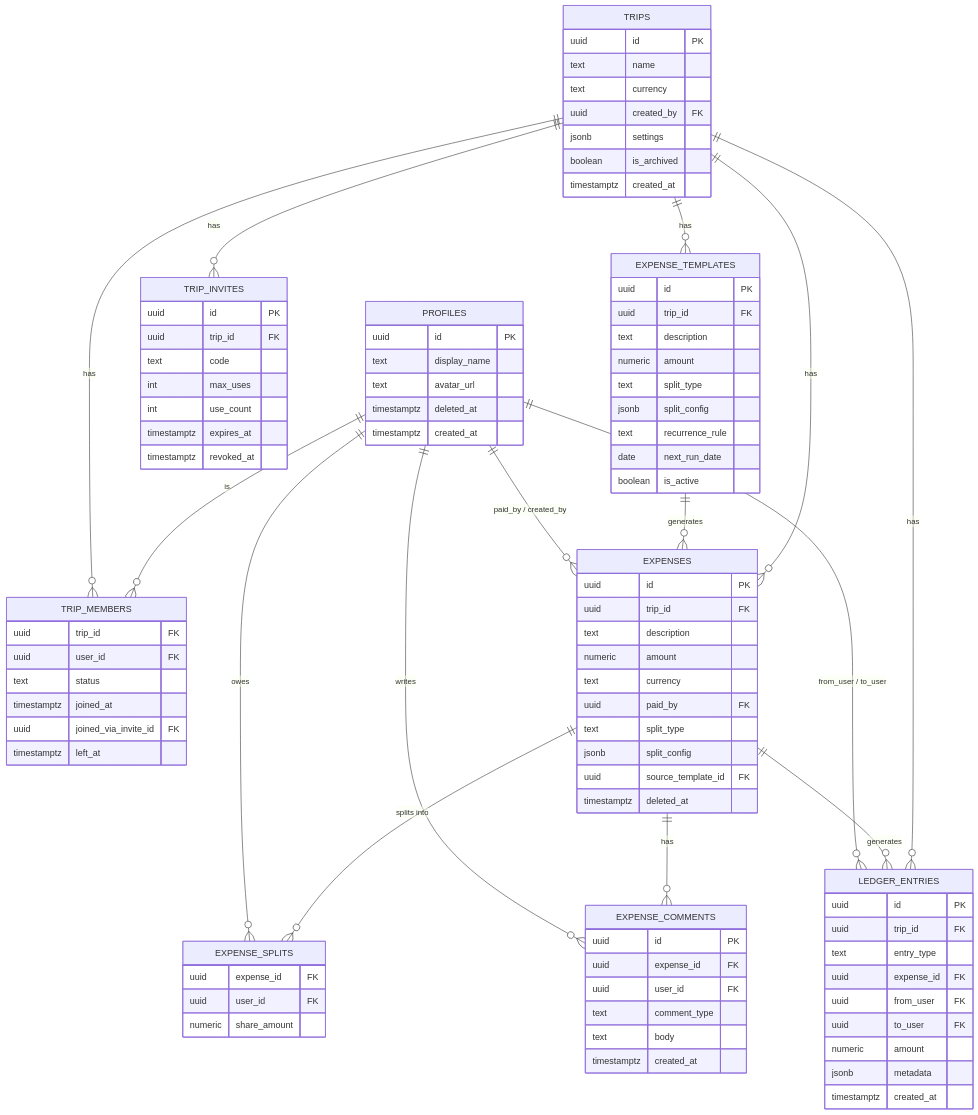
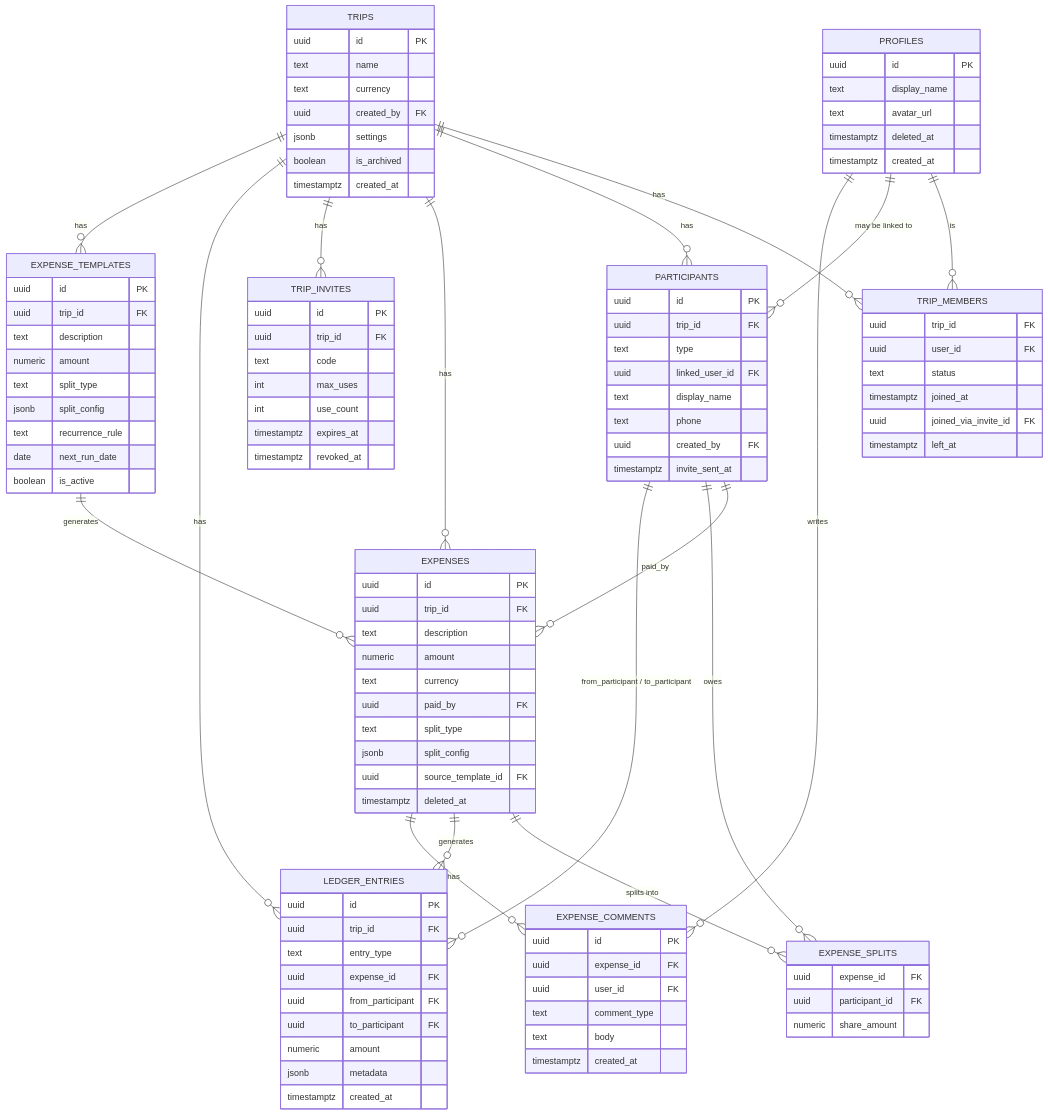
One commit to Amartya-007/Expensio changed the diagram in docs/architecture/expensio-data-model.md. Above: the diagram before and after it, drawn with Mermaid. The commit also changed other lines of this file and 2 other files, not shown here.

First line of the commit message:
Add placeholder participants, trip creation/invite flow doc, Meet-style invites

````diff
--- a/docs/architecture/expensio-data-model.md
+++ b/docs/architecture/expensio-data-model.md
@@ -8,7 +19,9 @@
 ```mermaid
 erDiagram
     PROFILES ||--o{ TRIP_MEMBERS : "is"
+    PROFILES ||--o{ PARTICIPANTS : "may be linked to"
     TRIPS ||--o{ TRIP_MEMBERS : "has"
+    TRIPS ||--o{ PARTICIPANTS : "has"
     TRIPS ||--o{ EXPENSES : "has"
     TRIPS ||--o{ TRIP_INVITES : "has"
     TRIPS ||--o{ LEDGER_ENTRIES : "has"
@@ -17,9 +30,9 @@
     EXPENSES ||--o{ EXPENSE_SPLITS : "splits into"
     EXPENSES ||--o{ LEDGER_ENTRIES : "generates"
     EXPENSES ||--o{ EXPENSE_COMMENTS : "has"
-    PROFILES ||--o{ EXPENSES : "paid_by / created_by"
-    PROFILES ||--o{ EXPENSE_SPLITS : "owes"
-    PROFILES ||--o{ LEDGER_ENTRIES : "from_user / to_user"
+    PARTICIPANTS ||--o{ EXPENSES : "paid_by"
+    PARTICIPANTS ||--o{ EXPENSE_SPLITS : "owes"
+    PARTICIPANTS ||--o{ LEDGER_ENTRIES : "from_participant / to_participant"
     PROFILES ||--o{ EXPENSE_COMMENTS : "writes"
 
     PROFILES {
@@ -46,6 +59,16 @@
         uuid joined_via_invite_id FK
         timestamptz left_at
     }
+    PARTICIPANTS {
+        uuid id PK
+        uuid trip_id FK
+        text type
+        uuid linked_user_id FK
+        text display_name
+        text phone
+        uuid created_by FK
+        timestamptz invite_sent_at
+    }
     TRIP_INVITES {
         uuid id PK
         uuid trip_id FK
@@ -69,7 +92,7 @@
     }
     EXPENSE_SPLITS {
         uuid expense_id FK
-        uuid user_id FK
+        uuid participant_id FK
         numeric share_amount
     }
     EXPENSE_TEMPLATES {
@@ -96,8 +119,8 @@
         uuid trip_id FK
         text entry_type
         uuid expense_id FK
-        uuid from_user FK
-        uuid to_user FK
+        uuid from_participant FK
+        uuid to_participant FK
         numeric amount
         jsonb metadata
         timestamptz created_at
````
